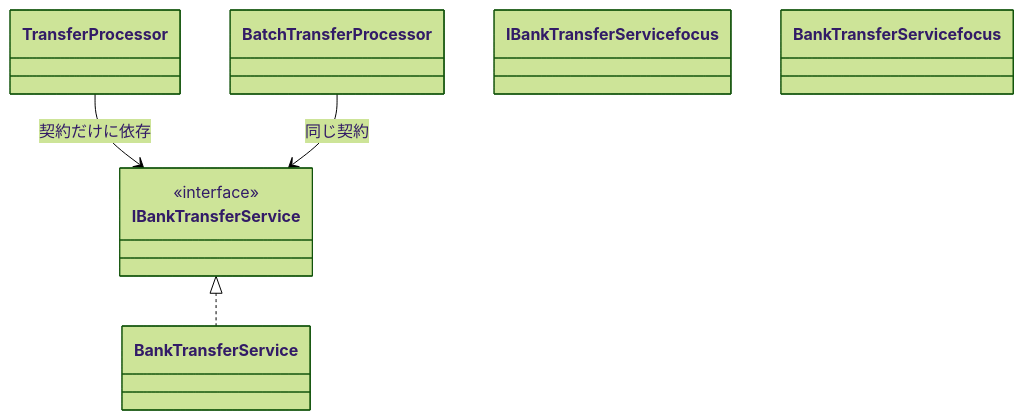
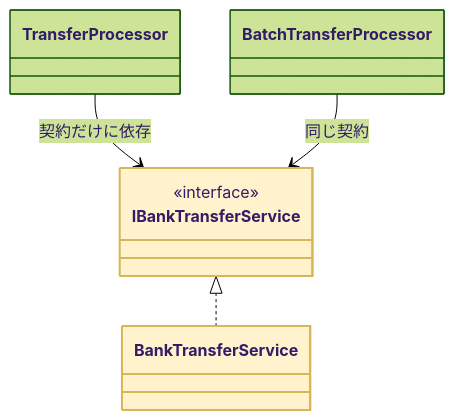
Before and after one commit to kumachan1101-pixel/DesignPattern: diagram 12 of 17 in kindle/design-patterns/output/chapter02.md, drawn with Mermaid (forest theme). The commit also changed other lines of this file and 15 other files, not shown here.

First line of the commit message:
全章classDiagram: phantom浮きクラスを生む着色構文 class X focus を :::focus へ修正（103箇所）

````diff
--- a/kindle/design-patterns/output/chapter02.md
+++ b/kindle/design-patterns/output/chapter02.md
@@ -1505,13 +1505,13 @@
 ```mermaid
 classDiagram
     class TransferProcessor
     class BatchTransferProcessor
     class IBankTransferService { <<interface>> }
     class BankTransferService
     TransferProcessor --> IBankTransferService : 契約だけに依存
     BatchTransferProcessor --> IBankTransferService : 同じ契約
     IBankTransferService <|.. BankTransferService
-    class IBankTransferService focus
-    class BankTransferService focus
+    class IBankTransferService:::focus
+    class BankTransferService:::focus
     classDef focus fill:#FFF2CC,stroke:#D6B656,stroke-width:2px
 ```
````
